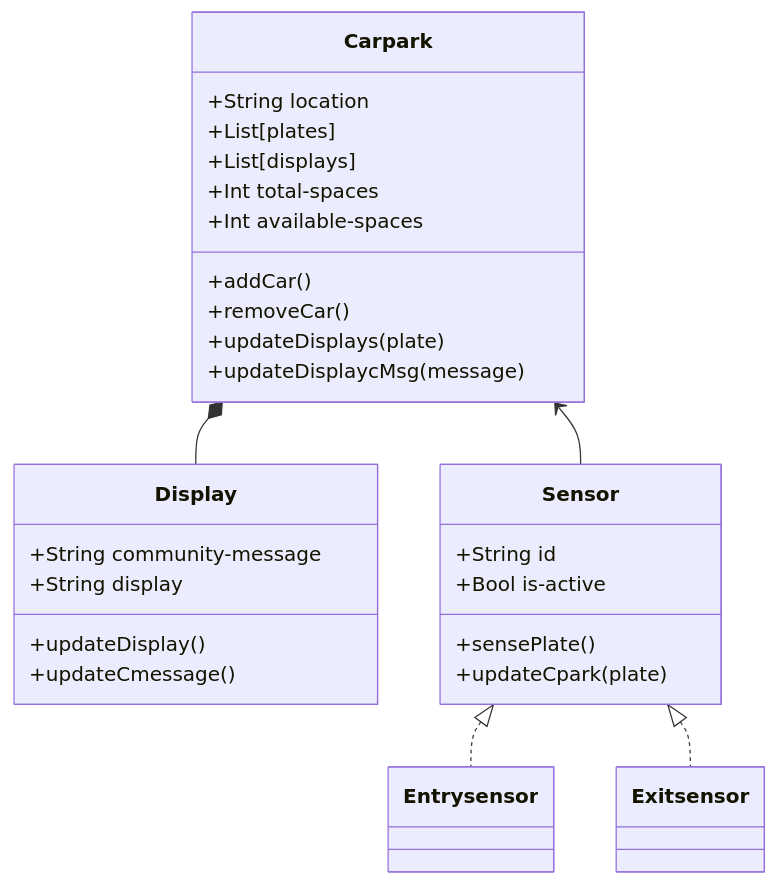
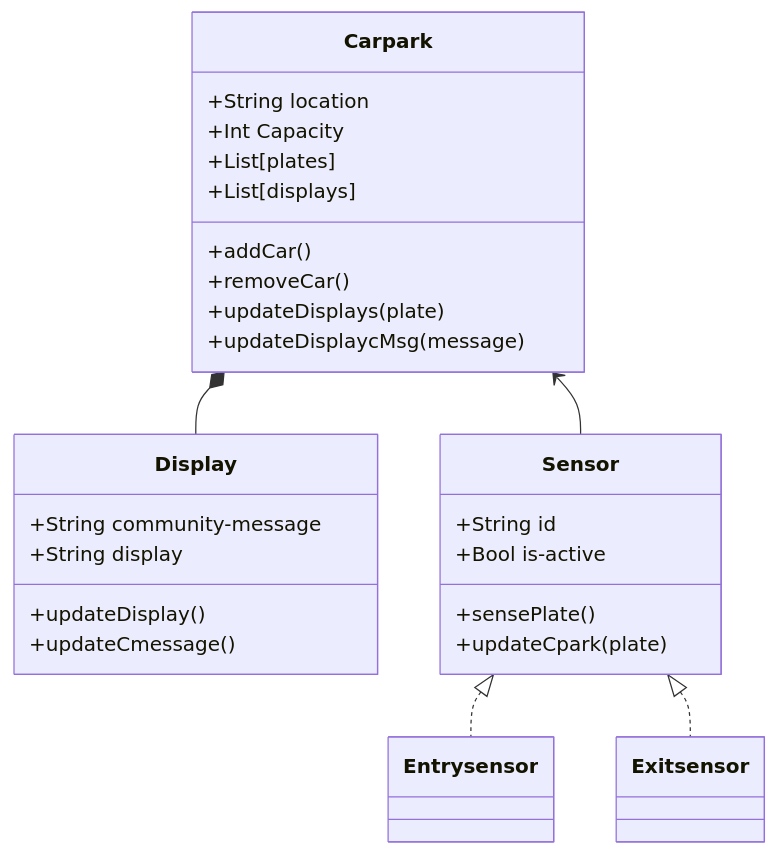
Before and after one commit to Danyl1310/at3-ipriot-car-park-prj: the diagram in Plan.md, drawn with Mermaid. The commit also changed 1 other file, not shown here.

Commit message:
Started work on carpark class.

````diff
--- a/Plan.md
+++ b/Plan.md
@@ -3,35 +3,34 @@
 ```mermaid
 classDiagram
     
 class Carpark {
     +String location
+    +Int Capacity
     +List[plates]
     +List[displays]
-    +Int total-spaces
-    +Int available-spaces
     +addCar()
     +removeCar()
     +updateDisplays(plate)
     +updateDisplaycMsg(message)
     
 }
 
 class Display {
     +String community-message
     +String display
     +updateDisplay()
     +updateCmessage()
 }
 
 class Sensor {
     +String id
     +Bool is-active
     +sensePlate()
     +updateCpark(plate)
 }
 Sensor <|.. Entrysensor
 Sensor <|.. Exitsensor
 Carpark *-- Display
 Carpark <-- Sensor
 
 ```
````
